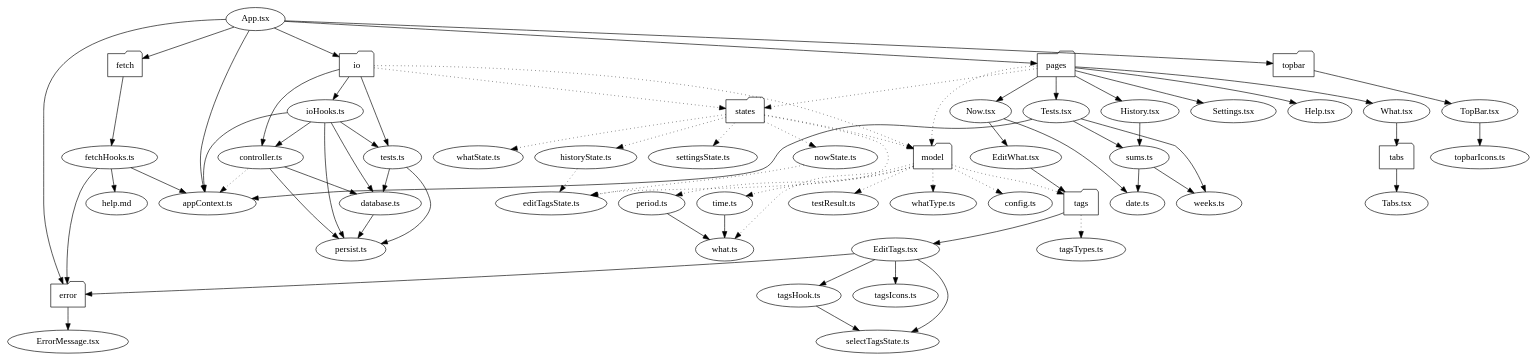
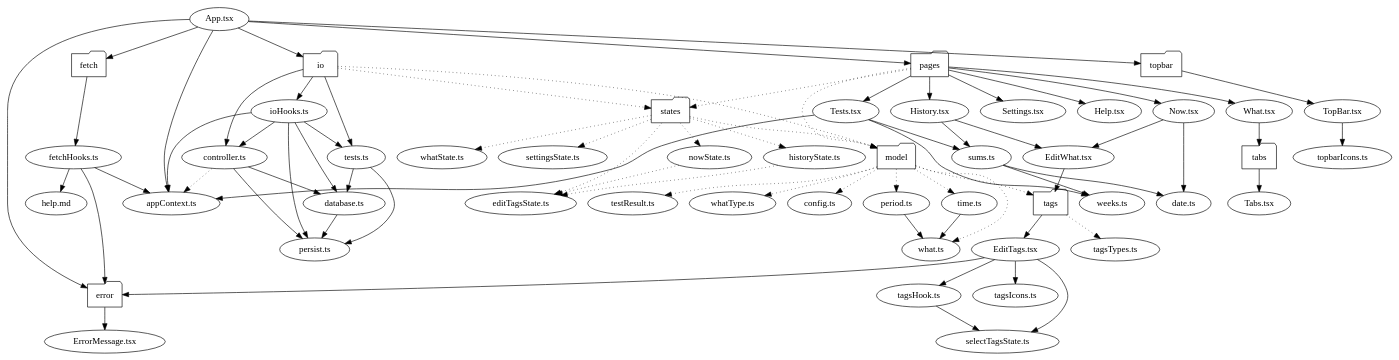
Before and after one commit to cwellsx/time: the diagram in dependencies/dependencies.dot, drawn with Graphviz. The commit also changed 4 other files, not shown here.

```diff
--- a/dependencies/dependencies.dot
+++ b/dependencies/dependencies.dot
@@ -1,71 +1,71 @@
 digraph SRC {
   "App.tsx" -> {"error" "fetch" "io" "pages" "topbar" "appContext.ts"};
   "appContext.ts" -> {};
 
   "error" [shape=folder];
   "fetch" [shape=folder];
   "io" [shape=folder];
   "model" [shape=folder];
   "pages" [shape=folder];
   "states" [shape=folder];
   "tabs" [shape=folder];
   "tags" [shape=folder];
   "topbar" [shape=folder];
   
   "error" -> {"ErrorMessage.tsx"};
   "ErrorMessage.tsx" -> {};
 
   "fetch" -> {"fetchHooks.ts"};
   "fetchHooks.ts" -> {"error" "help.md" "appContext.ts"}
   "help.md" -> {}
 
   "io" -> {"controller.ts" "ioHooks.ts" "tests.ts"};
   "io" -> {"model" "states"} [style=dotted];
   "controller.ts" -> {"persist.ts" "database.ts"};
   "controller.ts" -> {"appContext.ts"} [style=dotted];
   "database.ts" -> {"persist.ts"};
   "ioHooks.ts" -> {"controller.ts" "database.ts" "persist.ts" "tests.ts" "appContext.ts"};
   "tests.ts" -> {"database.ts" "persist.ts"};
   "persist.ts" -> {}
 
   "model" -> {"config.ts" "period.ts" "testResult.ts" "time.ts" "tags" "whatType.ts" "what.ts"} [style=dotted];
   "config.ts" -> {};
   "period.ts" -> {"what.ts"};
   "testResult.ts" -> {};
   "time.ts" -> {"what.ts"};
   "what.ts" -> {};
   "whatType.ts" -> {};
 
   "pages" -> {"Now.tsx" "What.tsx" "History.tsx" "Settings.tsx" "Help.tsx" "Tests.tsx"};
   "pages" -> {"model" "states"} [style=dotted];
   "date.ts" -> {};
   "Now.tsx" -> {"date.ts" "EditWhat.tsx"};
   "What.tsx" -> {"tabs"};
-  "History.tsx" -> {"sums.ts"};
+  "History.tsx" -> {"sums.ts" "EditWhat.tsx"};
   "Settings.tsx" -> {};
   "Help.tsx" -> {};
   "Tests.tsx" -> {"weeks.ts" "sums.ts" "appContext.ts"};
   "sums.ts" -> {"weeks.ts" "date.ts"};
   "EditWhat.tsx" -> {"tags"};
 
   "states" -> {"nowState.ts" "whatState.ts" "historyState.ts" "settingsState.ts" "editTagsState.ts" "model"} [style=dotted];
   "nowState.ts" -> {"editTagsState.ts"} [style=dotted];
   "whatState.ts" -> {};
   "historyState.ts" -> {"editTagsState.ts"} [style=dotted];
   "settingsState.ts" -> {};
   "editTagsState.ts" -> {};
 
   "tabs" -> {"Tabs.tsx"};
   "Tabs.tsx" -> {};
 
   "tags" -> {"EditTags.tsx"};
   "tags" -> {"tagsTypes.ts"} [style=dotted];
   "EditTags.tsx" -> {"error" "selectTagsState.ts" "tagsHook.ts" "tagsIcons.ts"};
   "tagsHook.ts" -> {"selectTagsState.ts"};
   "tagsIcons.ts" -> {};
   "tagsTypes.ts" -> {};
 
   "topbar" -> {"TopBar.tsx"};
   "TopBar.tsx" -> {"topbarIcons.ts"};
   "topbarIcons.ts" -> {};
 }
```
